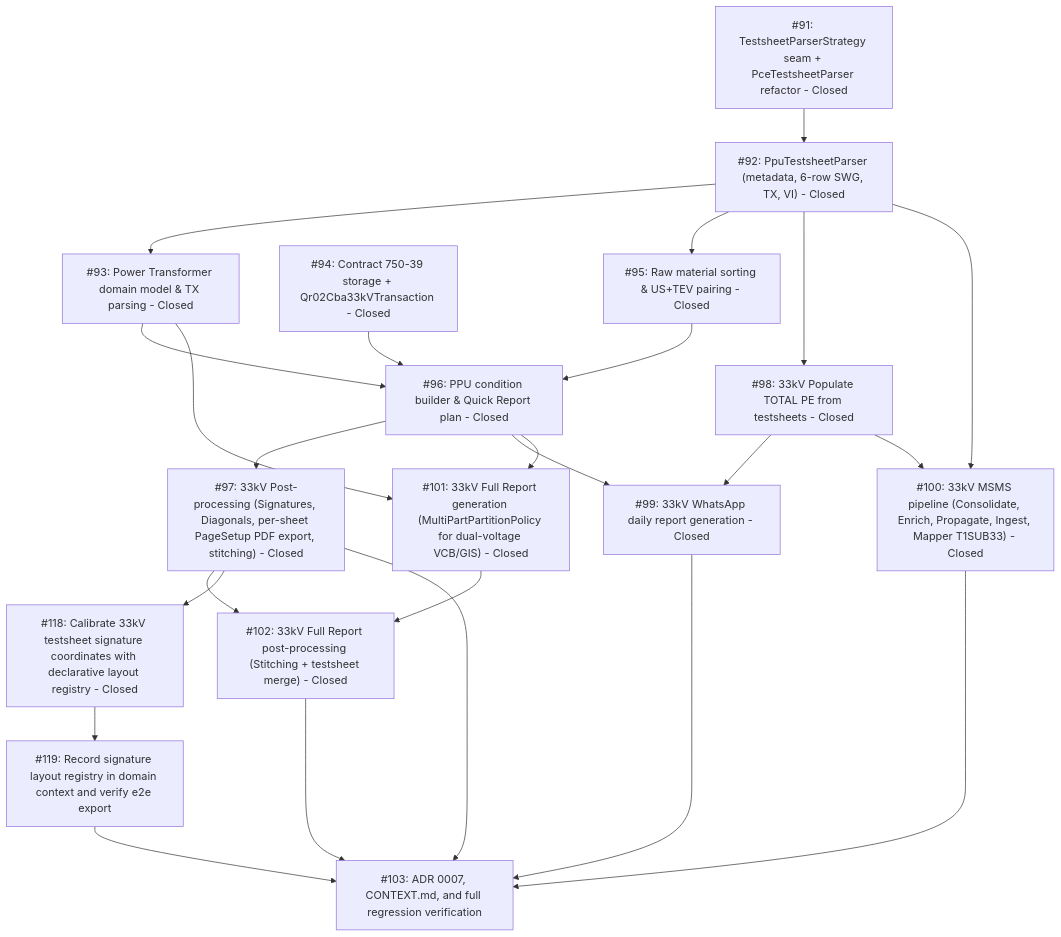
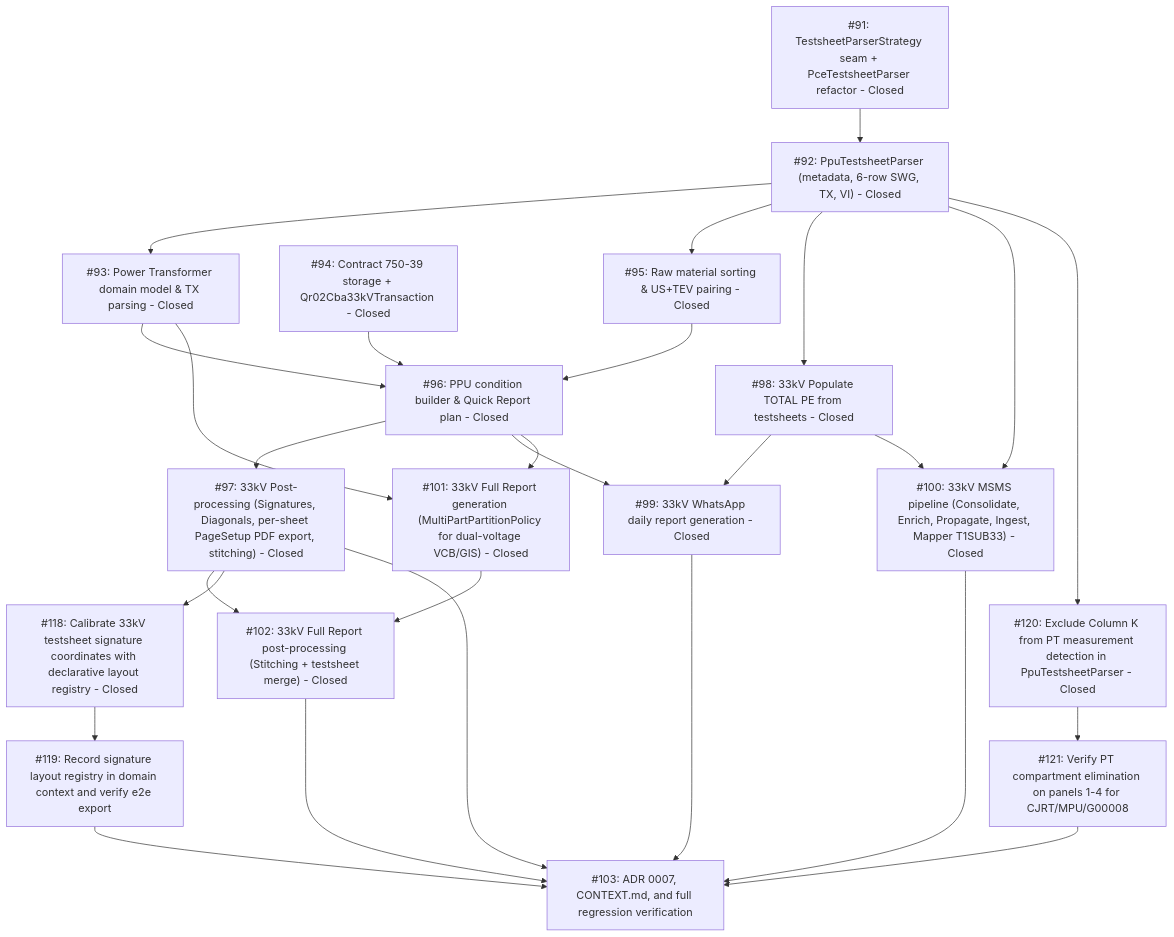
Before and after one commit to adamlarGit/pahang-cli: the diagram in .wayfinder/33kv-system-workflow/map.md, drawn with Mermaid. The commit also changed other lines of this file and 1 other file, not shown here.

````diff
--- a/.wayfinder/33kv-system-workflow/map.md
+++ b/.wayfinder/33kv-system-workflow/map.md
@@ -55,42 +55,47 @@
 ```mermaid
 graph TD
     T91["#91: TestsheetParserStrategy seam + PceTestsheetParser refactor - Closed"]
     T92["#92: PpuTestsheetParser (metadata, 6-row SWG, TX, VI) - Closed"]
     T93["#93: Power Transformer domain model & TX parsing - Closed"]
     T94["#94: Contract 750-39 storage + Qr02Cba33kVTransaction - Closed"]
     T95["#95: Raw material sorting & US+TEV pairing - Closed"]
     T96["#96: PPU condition builder & Quick Report plan - Closed"]
     T97["#97: 33kV Post-processing (Signatures, Diagonals, per-sheet PageSetup PDF export, stitching) - Closed"]
     T98["#98: 33kV Populate TOTAL PE from testsheets - Closed"]
     T99["#99: 33kV WhatsApp daily report generation - Closed"]
     T100["#100: 33kV MSMS pipeline (Consolidate, Enrich, Propagate, Ingest, Mapper T1SUB33) - Closed"]
     T101["#101: 33kV Full Report generation (MultiPartPartitionPolicy for dual-voltage VCB/GIS) - Closed"]
     T102["#102: 33kV Full Report post-processing (Stitching + testsheet merge) - Closed"]
     T118["#118: Calibrate 33kV testsheet signature coordinates with declarative layout registry - Closed"]
     T119["#119: Record signature layout registry in domain context and verify e2e export"]
+    T120["#120: Exclude Column K from PT measurement detection in PpuTestsheetParser - Closed"]
+    T121["#121: Verify PT compartment elimination on panels 1-4 for CJRT/MPU/G00008"]
     T103["#103: ADR 0007, CONTEXT.md, and full regression verification"]
 
     T91 --> T92
     T92 --> T93
     T92 --> T95
     T92 --> T98
     T94 --> T96
     T93 --> T96
     T95 --> T96
     T96 --> T97
     T96 --> T99
     T98 --> T99
     T98 --> T100
     T92 --> T100
     T93 --> T101
     T96 --> T101
     T97 --> T102
     T101 --> T102
     T97 --> T118
     T118 --> T119
     T119 --> T103
+    T92 --> T120
+    T120 --> T121
+    T121 --> T103
     T97 --> T103
     T99 --> T103
     T100 --> T103
     T102 --> T103
 ```
````
